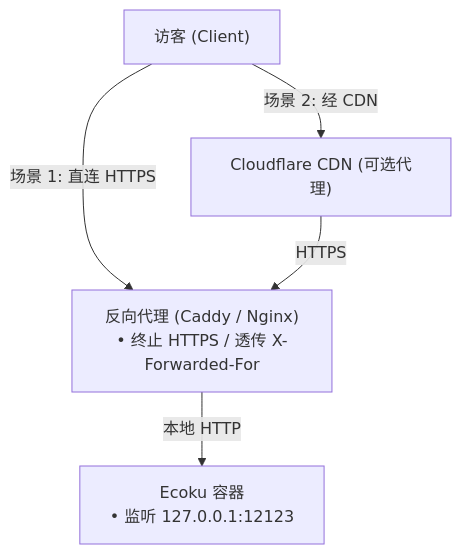
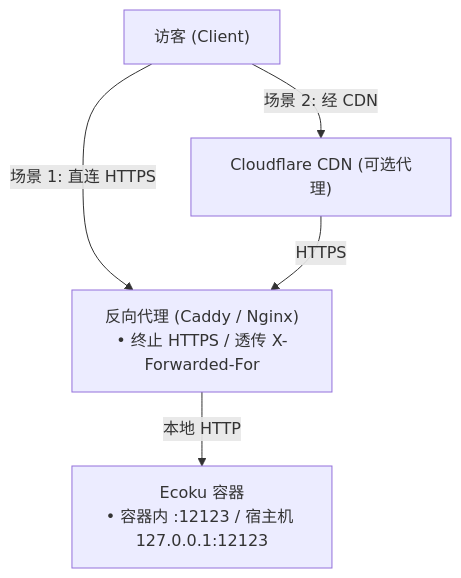
Before and after one commit to DejavuMoe/Ecoku: the diagram in docs/self-hosting/reverse-proxy.md, drawn with Mermaid. The commit also changed other lines of this file and 66 other files, not shown here.

````diff
--- a/docs/self-hosting/reverse-proxy.md
+++ b/docs/self-hosting/reverse-proxy.md
@@ -9,12 +9,12 @@
 ```mermaid
 flowchart TD
     V["访客 (Client)"]
     CDN["Cloudflare CDN (可选代理)"]
     Proxy["反向代理 (Caddy / Nginx)<br/>• 终止 HTTPS / 透传 X-Forwarded-For"]
-    Container["Ecoku 容器<br/>• 监听 127.0.0.1:12123"]
+    Container["Ecoku 容器<br/>• 容器内 :12123 / 宿主机 127.0.0.1:12123"]
 
     V -->|场景 1: 直连 HTTPS| Proxy
     V -->|场景 2: 经 CDN| CDN
     CDN -->|HTTPS| Proxy
     Proxy -->|本地 HTTP| Container
 ```
````
